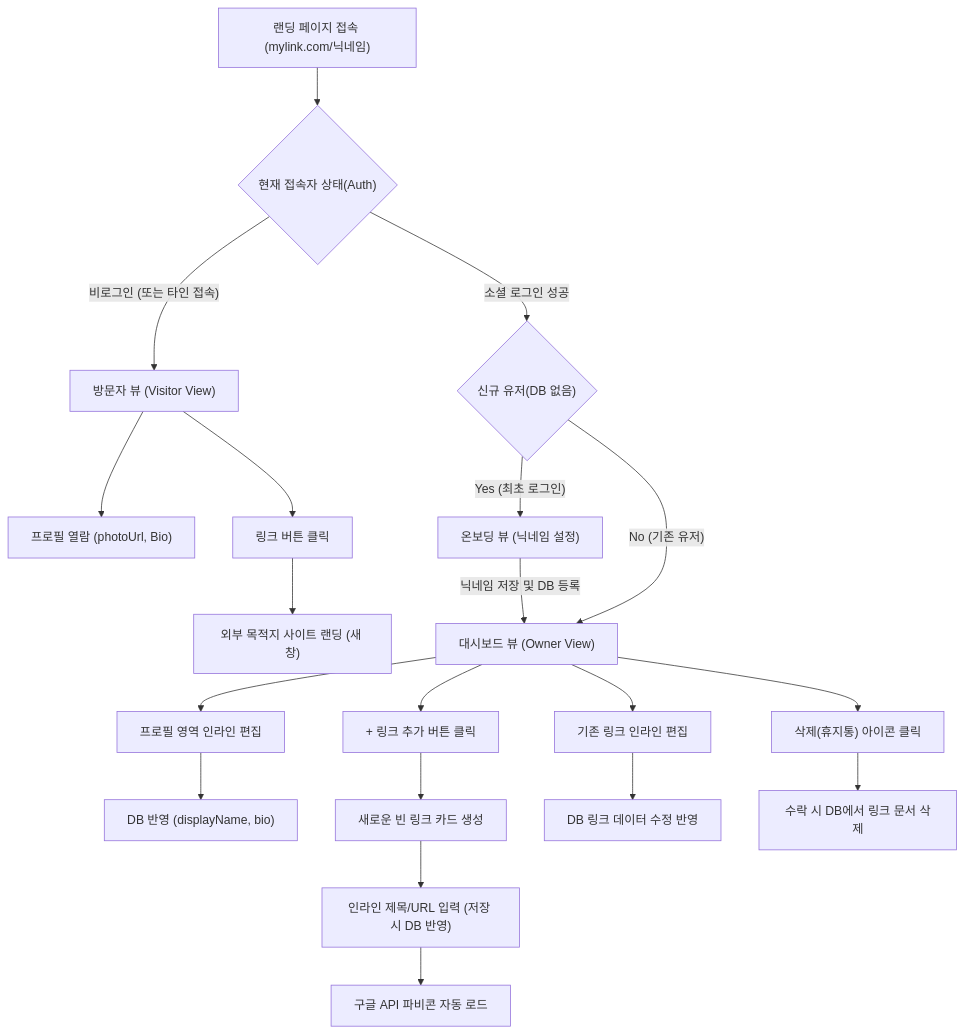
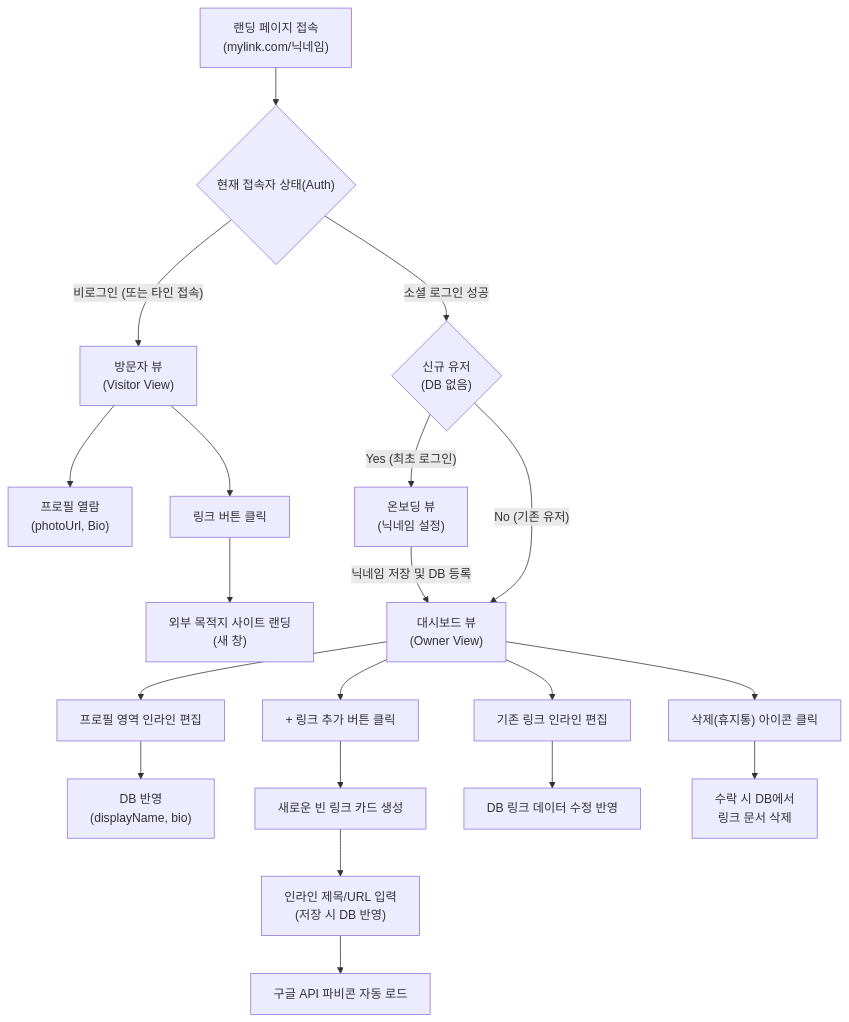
Before and after one commit to jkh02/mylink: the diagram in docs/wireframes.md, drawn with Mermaid.

Commit message:
docs: 와이어프레임 Mermaid 다이어그램 텍스트 잘림 현상 해결
- GitHub Markdown 등에서 긴 텍스트 노드가 잘리는 문제를 해결하기 위해 노드 텍스트 내 줄바꿈(<br>) 적용

````diff
--- a/docs/wireframes.md
+++ b/docs/wireframes.md
@@ -137,30 +137,30 @@
 ```mermaid
 graph TD
-    A["랜딩 페이지 접속 (mylink.com/닉네임)"] --> B{"현재 접속자 상태(Auth)"}
+    A["랜딩 페이지 접속<br>(mylink.com/닉네임)"] --> B{"현재 접속자 상태(Auth)"}
     
     %% 분기 1: 단순 방문자
-    B -- "비로그인 (또는 타인 접속)" --> C["방문자 뷰 (Visitor View)"]
-    C --> C1["프로필 열람 (photoUrl, Bio)"]
+    B -- "비로그인 (또는 타인 접속)" --> C["방문자 뷰<br>(Visitor View)"]
+    C --> C1["프로필 열람<br>(photoUrl, Bio)"]
     C --> C2["링크 버튼 클릭"]
-    C2 --> C3["외부 목적지 사이트 랜딩 (새 창)"]
+    C2 --> C3["외부 목적지 사이트 랜딩<br>(새 창)"]
     
     %% 분기 2: 소유자 대시보드
-    B -- "소셜 로그인 성공" --> O{"신규 유저(DB 없음)"}
-    O -- "Yes (최초 로그인)" --> P["온보딩 뷰 (닉네임 설정)"]
-    P -- "닉네임 저장 및 DB 등록" --> D["대시보드 뷰 (Owner View)"]
+    B -- "소셜 로그인 성공" --> O{"신규 유저<br>(DB 없음)"}
+    O -- "Yes (최초 로그인)" --> P["온보딩 뷰<br>(닉네임 설정)"]
+    P -- "닉네임 저장 및 DB 등록" --> D["대시보드 뷰<br>(Owner View)"]
     O -- "No (기존 유저)" --> D
     
     D --> E["프로필 영역 인라인 편집"]
-    E --> F["DB 반영 (displayName, bio)"]
+    E --> F["DB 반영<br>(displayName, bio)"]
     
     D --> G["+ 링크 추가 버튼 클릭"]
     G --> H["새로운 빈 링크 카드 생성"]
-    H --> I["인라인 제목/URL 입력 (저장 시 DB 반영)"]
+    H --> I["인라인 제목/URL 입력<br>(저장 시 DB 반영)"]
     I --> J["구글 API 파비콘 자동 로드"]
 
     D --> K["기존 링크 인라인 편집"]
     K --> L["DB 링크 데이터 수정 반영"]
 
     D --> M["삭제(휴지통) 아이콘 클릭"]
-    M --> N["수락 시 DB에서 링크 문서 삭제"]
+    M --> N["수락 시 DB에서<br>링크 문서 삭제"]
 ```
````
